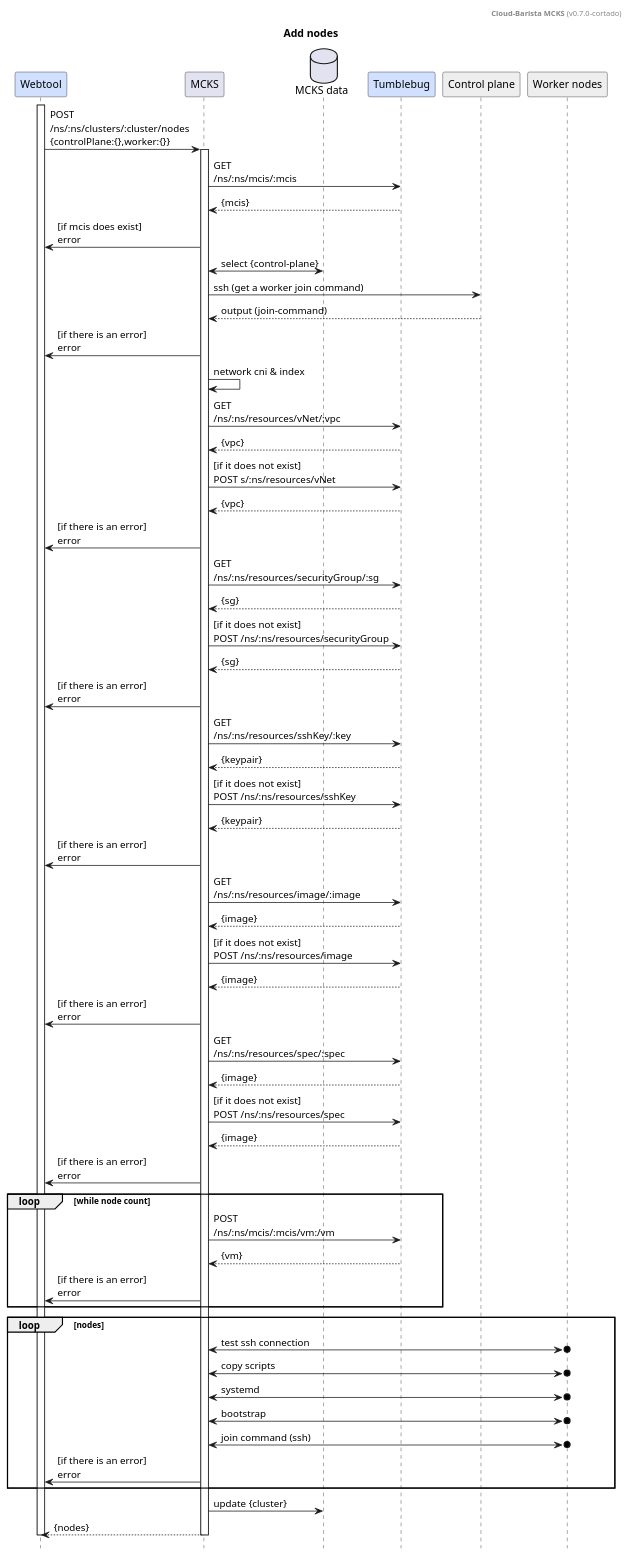
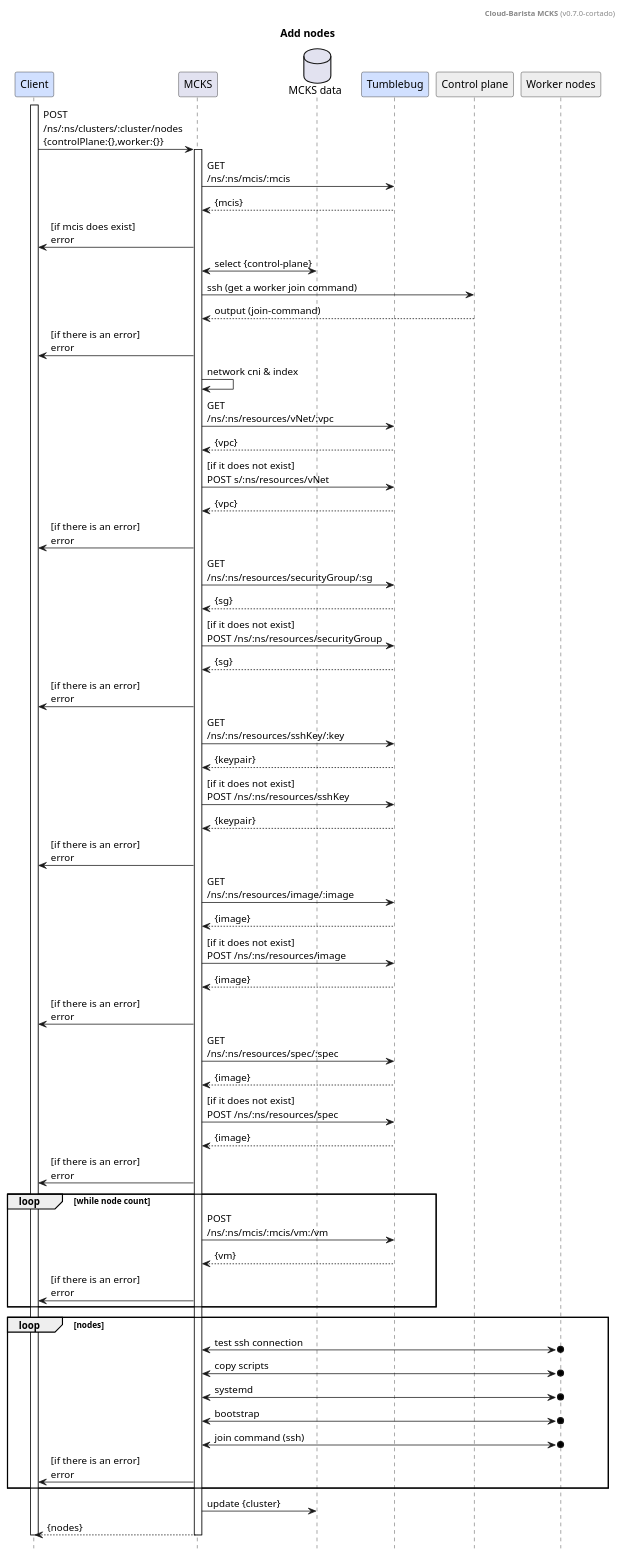
Before and after one commit to cloud-barista/cb-ladybug: the diagram in docs/design/nodes-add.puml, drawn with PlantUML. The commit also changed 3 other files, not shown here.

Commit message:
docs: Update sequence diagrams

```diff
--- a/docs/design/nodes-add.puml
+++ b/docs/design/nodes-add.puml
@@ -1,91 +1,91 @@
 @startuml
 
 header **Cloud-Barista MCKS** (v0.7.0-cortado)
 title Add nodes
 hide footbox
 
-participant	"Webtool"		as webtool		#d1e0ff
-participant	"MCKS"		as provider
-database	"MCKS data"	as db
+participant	"Client"		as webtool		#d1e0ff
+participant	"MCKS"			as provider
+database	"MCKS data"		as db
 participant	"Tumblebug"		as tumblebug	#d1e0ff
 participant	"Control plane"	as mNodes		#eeeeee
 participant	"Worker nodes"	as wNodes		#eeeeee
 
 
 activate webtool
 	webtool		->	provider		: POST\n/ns/:ns/clusters/:cluster/nodes \n{controlPlane:{},worker:{}}
 
 	activate provider
 
 		provider	->	tumblebug	: GET\n/ns/:ns/mcis/:mcis
 		tumblebug	-->	provider	: {mcis}
 		provider	->	webtool		: [if mcis does exist]\nerror 
 
 		'-- 1. join command
 		provider	<->	db			: select {control-plane}
 		provider	->		mNodes		: ssh (get a worker join command)
 		provider	<--		mNodes		: output (join-command)
 		provider	->		webtool		: [if there is an error]\nerror
 		provider	->		provider	: network cni & index
 
 		'-- 2.1. vpc
 		provider	->	tumblebug	: GET\n/ns/:ns/resources/vNet/:vpc
 		tumblebug	-->	provider	: {vpc}
 		provider	->	tumblebug	: [if it does not exist]\nPOST s/:ns/resources/vNet
 		tumblebug	-->	provider	: {vpc}
 		provider	->	webtool		: [if there is an error]\nerror
 
 		'-- 2.2. sg(fw)
 		provider	->	tumblebug	: GET\n/ns/:ns/resources/securityGroup/:sg
 		tumblebug	-->	provider	: {sg}
 		provider	->	tumblebug	: [if it does not exist]\nPOST /ns/:ns/resources/securityGroup
 		tumblebug	-->	provider	: {sg}
 		provider	->	webtool		: [if there is an error]\nerror
 
 		'-- 2.3. ssh
 		provider	->	tumblebug	: GET\n/ns/:ns/resources/sshKey/:key
 		tumblebug	-->	provider	: {keypair}
 		provider	->	tumblebug	: [if it does not exist]\nPOST /ns/:ns/resources/sshKey
 		tumblebug	-->	provider	: {keypair}
 		provider	->	webtool		: [if there is an error]\nerror
 		
 		'-- 2.4. image
 		provider	->	tumblebug	: GET\n/ns/:ns/resources/image/:image
 		tumblebug	-->	provider	: {image}
 		provider	->	tumblebug 	: [if it does not exist]\nPOST /ns/:ns/resources/image
 		tumblebug	-->	provider	: {image}
 		provider	->	webtool		: [if there is an error]\nerror
 
 		'-- 2.5. spec
 		provider	->	tumblebug	: GET\n/ns/:ns/resources/spec/:spec
 		tumblebug	-->	provider	: {image}
 		provider	->	tumblebug 	: [if it does not exist]\nPOST /ns/:ns/resources/spec
 		tumblebug	-->	provider	: {image}
 		provider	->	webtool		: [if there is an error]\nerror
 
 		'-- 2.6. mcis
 		
 		loop while node count
 			provider	->	tumblebug	: POST\n/ns/:ns/mcis/:mcis/vm:/vm
 			tumblebug	-->	provider 	: {vm}
 			provider	->	webtool		: [if there is an error]\nerror
 		end
 	
 		'-- 3. boostrap & provisioning
 		loop nodes
 			provider	<->o	wNodes		: test ssh connection
 			provider	<->o	wNodes		: copy scripts
 			provider	<->o	wNodes		: systemd
 			provider	<->o	wNodes		: bootstrap
 			provider	<->o	wNodes		: join command (ssh)
 			provider	->		webtool		: [if there is an error]\nerror
 		end
 
 		provider	->	db					: update {cluster}
 		provider	-->	webtool				: {nodes}
 
 	deactivate provider
 
 deactivate webtool
 
 @enduml
```
